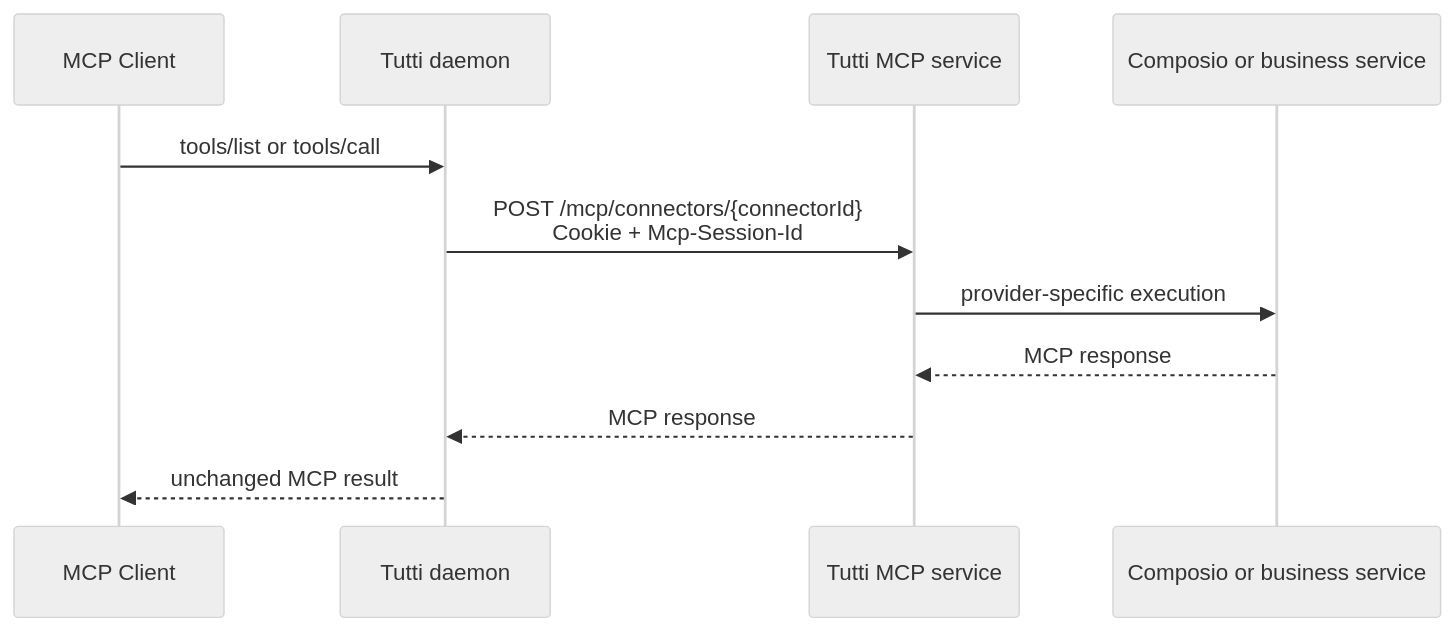
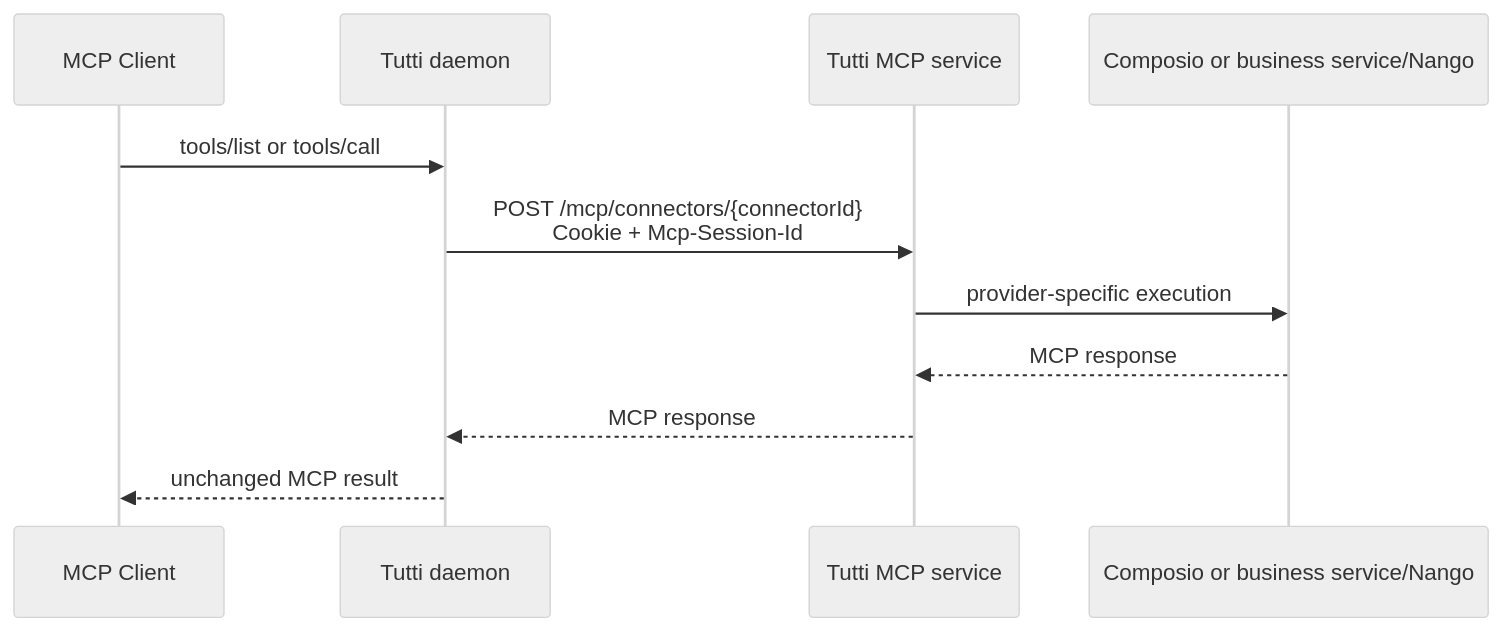
Before and after one commit to 7155/tutti: the diagram in docs/architecture/connector-remote-mcp.md, drawn with Mermaid (neutral theme). The commit also changed other lines of this file, not shown here.

Commit message:
docs(connectors): describe Nango execution flow

````diff
--- a/docs/architecture/connector-remote-mcp.md
+++ b/docs/architecture/connector-remote-mcp.md
@@ -5,13 +5,13 @@
 ```mermaid
 sequenceDiagram
     participant Client as MCP Client
     participant Tutti as Tutti daemon
     participant Server as Tutti MCP service
-    participant Provider as Composio or business service
+    participant Provider as Composio or business service/Nango
     Client->>Tutti: tools/list or tools/call
     Tutti->>Server: POST /mcp/connectors/{connectorId}<br/>Cookie + Mcp-Session-Id
     Server->>Provider: provider-specific execution
     Provider-->>Server: MCP response
     Server-->>Tutti: MCP response
     Tutti-->>Client: unchanged MCP result
 ```
````
